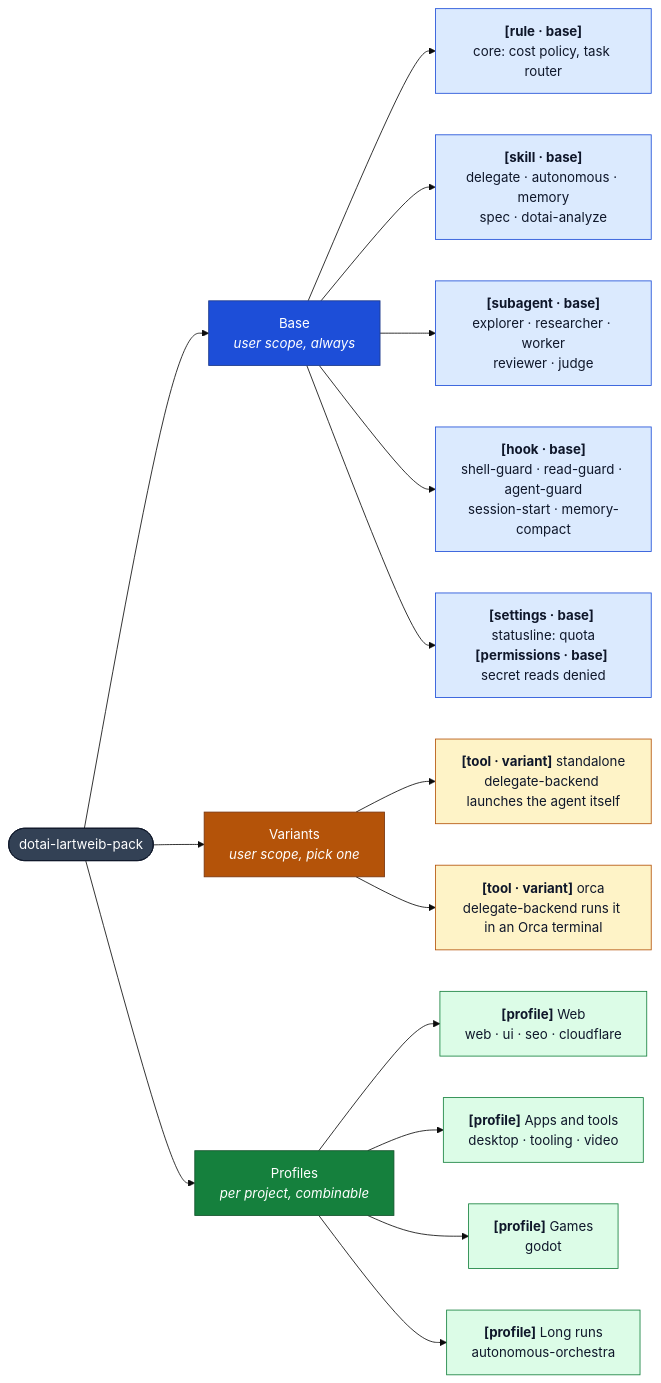
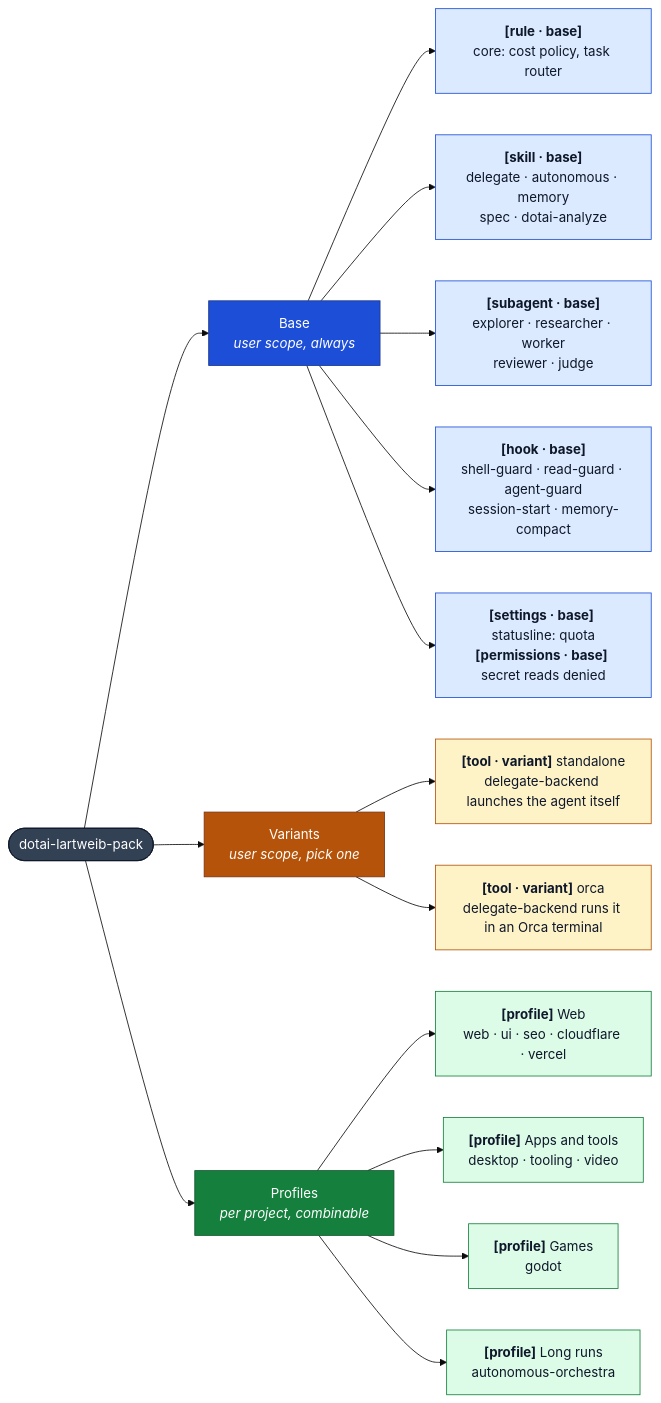
The first of 3 diagrams in README.md (Lartweib/dotai-lartweib-pack), drawn with Mermaid (base theme) before and after one commit. The commit also changed other lines of this file and 12 other files, not shown here.

Commit message:
feat(profiles): add a vercel profile with the CLI rule and skill, no MCP (pack 0049)

````diff
--- a/README.md
+++ b/README.md
@@ -26,38 +26,38 @@
 ```mermaid
 flowchart LR
   P(["dotai-lartweib-pack"])
 
   P --> B["Base<br/><i>user scope, always</i>"]
   P --> V["Variants<br/><i>user scope, pick one</i>"]
   P --> F["Profiles<br/><i>per project, combinable</i>"]
 
   B --> BR["<b>[rule · base]</b><br/>core: cost policy, task router"]
   B --> BS["<b>[skill · base]</b><br/>delegate · autonomous · memory<br/>spec · dotai-analyze"]
   B --> BA["<b>[subagent · base]</b><br/>explorer · researcher · worker<br/>reviewer · judge"]
   B --> BH["<b>[hook · base]</b><br/>shell-guard · read-guard · agent-guard<br/>session-start · memory-compact"]
   B --> BX["<b>[settings · base]</b> statusline: quota<br/><b>[permissions · base]</b> secret reads denied"]
 
   V --> VS["<b>[tool · variant]</b> standalone<br/>delegate-backend launches the agent itself"]
   V --> VO["<b>[tool · variant]</b> orca<br/>delegate-backend runs it in an Orca terminal"]
 
-  F --> FW["<b>[profile]</b> Web<br/>web · ui · seo · cloudflare"]
+  F --> FW["<b>[profile]</b> Web<br/>web · ui · seo · cloudflare · vercel"]
   F --> FA["<b>[profile]</b> Apps and tools<br/>desktop · tooling · video"]
   F --> FG["<b>[profile]</b> Games<br/>godot"]
   F --> FO["<b>[profile]</b> Long runs<br/>autonomous-orchestra"]
 
   classDef pack fill:#334155,stroke:#0f172a,color:#ffffff
   classDef base fill:#1d4ed8,stroke:#1e3a8a,color:#ffffff
   classDef baseItem fill:#dbeafe,stroke:#1d4ed8,color:#0f172a
   classDef variant fill:#b45309,stroke:#78350f,color:#ffffff
   classDef variantItem fill:#fef3c7,stroke:#b45309,color:#0f172a
   classDef profile fill:#15803d,stroke:#14532d,color:#ffffff
   classDef profileItem fill:#dcfce7,stroke:#15803d,color:#0f172a
 
   class P pack
   class B base
   class BR,BS,BA,BH,BX baseItem
   class V variant
   class VS,VO variantItem
   class F profile
   class FW,FA,FG,FO profileItem
 ```
````
